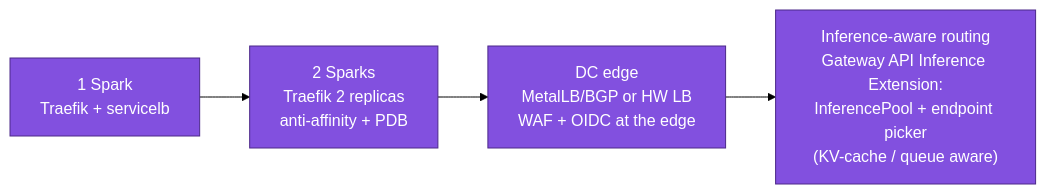
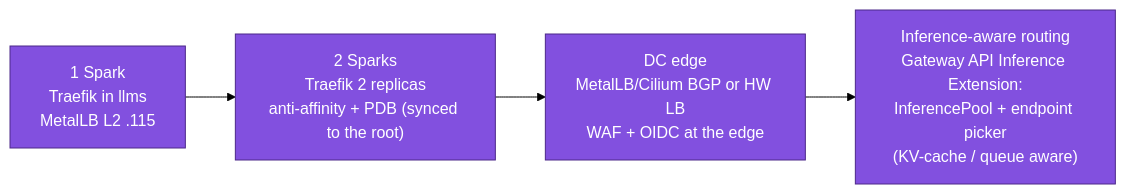
The second of 2 diagrams in 02 Kubernetes/09-ingress-controllers-and-gateway-api.md (cloudone365/technical-depth), drawn with Mermaid (forest theme) before and after one commit. The commit also changed other lines of this file and 53 other files, not shown here.

````diff
--- a/02 Kubernetes/09-ingress-controllers-and-gateway-api.md
+++ b/02 Kubernetes/09-ingress-controllers-and-gateway-api.md
@@ -245,8 +289,8 @@
 ```mermaid
 flowchart LR
-  A["1 Spark<br/>Traefik + servicelb"] --> B["2 Sparks<br/>Traefik 2 replicas<br/>anti-affinity + PDB"]
-  B --> C["DC edge<br/>MetalLB/BGP or HW LB<br/>WAF + OIDC at the edge"]
+  A["1 Spark<br/>Traefik in llms<br/>MetalLB L2 .115"] --> B["2 Sparks<br/>Traefik 2 replicas<br/>anti-affinity + PDB (synced to the root)"]
+  B --> C["DC edge<br/>MetalLB/Cilium BGP or HW LB<br/>WAF + OIDC at the edge"]
   C --> D["Inference-aware routing<br/>Gateway API Inference Extension:<br/>InferencePool + endpoint picker<br/>(KV-cache / queue aware)"]
   classDef net fill:#8250df,stroke:#4c2889,color:#fff
   class A,B,C,D net
 ```
````
